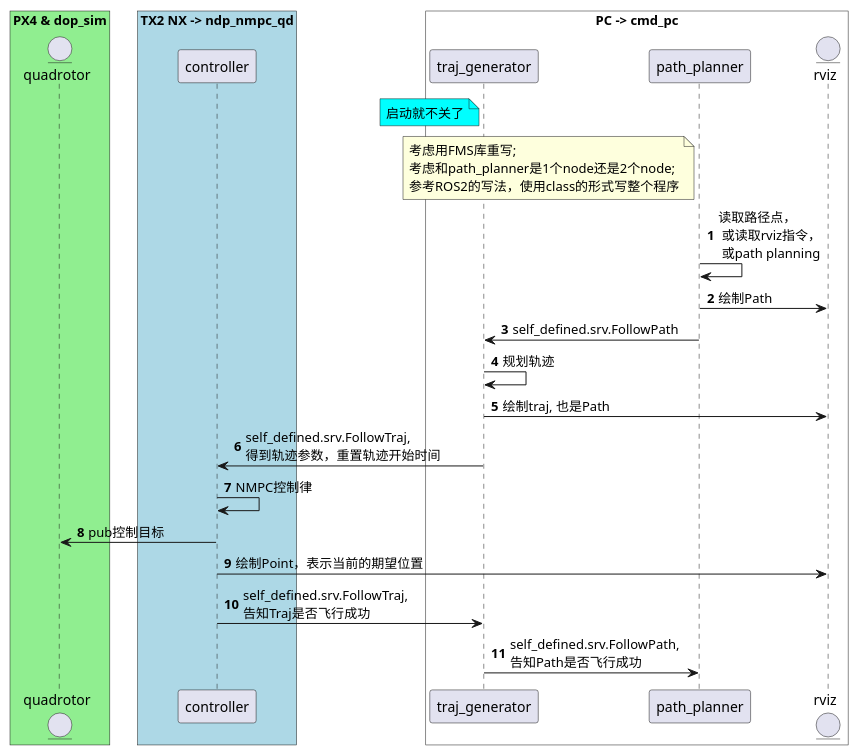
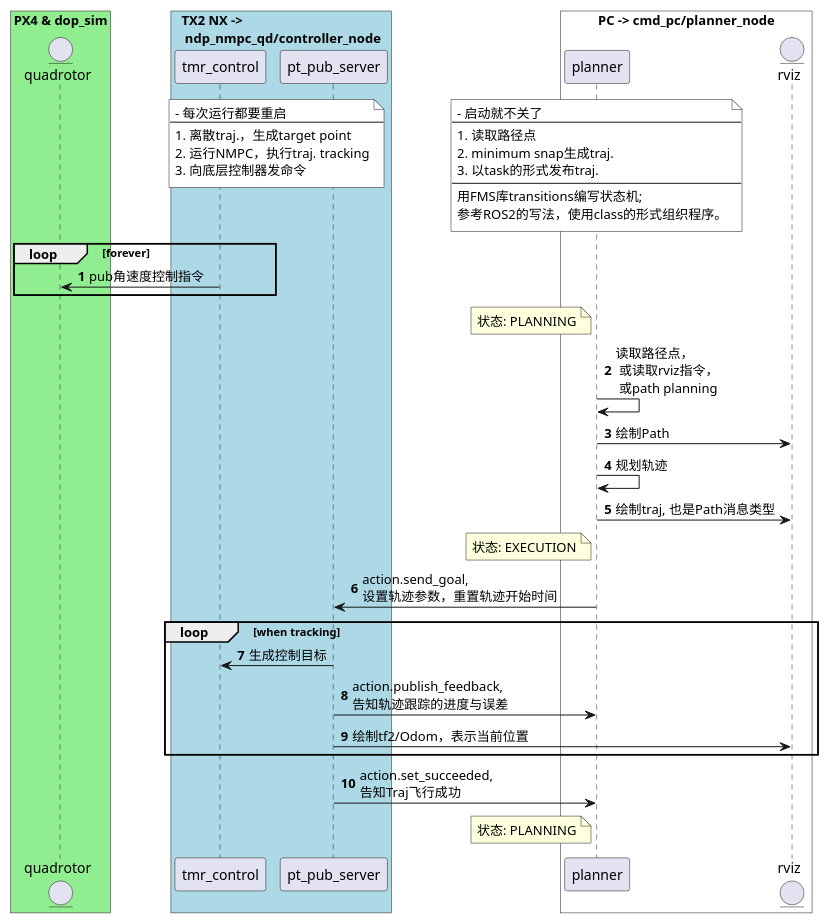
The diagram in UMLs/workflow.puml (Li-Jinjie/cmd_pc), drawn with PlantUML before and after one commit. The commit also changed 2 other files, not shown here.

Commit message:
update UML

```diff
--- a/UMLs/workflow.puml
+++ b/UMLs/workflow.puml
@@ -1,72 +1,80 @@
 @startuml
 'https://plantuml.com/sequence-diagram
 
 autonumber
 
 box "PX4 & dop_sim" #LightGreen
 entity quadrotor
 end box
 
-box "TX2 NX -> ndp_nmpc_qd" #LightBLUE
-participant controller
+box "TX2 NX -> \n ndp_nmpc_qd/controller_node" #LightBLUE
+participant tmr_control
+participant pt_pub_server
 end box
+
+note over tmr_control, pt_pub_server #white
+- 每次运行都要重启
+---
+1. 离散traj.，生成target point
+2. 运行NMPC，执行traj. tracking
+3. 向底层控制器发命令
+end note
+
+/note over of planner #white
+- 启动就不关了
+---
+1. 读取路径点
+2. minimum snap生成traj.
+3. 以task的形式发布traj.
+---
+用FMS库transitions编写状态机;
+参考ROS2的写法，使用class的形式组织程序。
+end note
+
+loop forever
+tmr_control -> quadrotor: pub角速度控制指令
+end
+
 'note right of pt_publisher #aqua
 '需要从ROS里拿一个parameter
 '确定是选SE3还是NMPC
 'end note
 
-box "PC -> cmd_pc" #White
-participant traj_generator
-participant path_planner
+box "PC -> cmd_pc/planner_node" #White
+participant planner
 entity rviz
 end box
 
-note left of traj_generator #aqua
-启动就不关了
+note left planner
+状态: PLANNING
+end note
+planner -> planner: 读取路径点，\n 或读取rviz指令，\n 或path planning
+planner -> rviz: 绘制Path
+'path_planner -> traj_generator: self_defined.srv.FollowPath
+
+planner -> planner: 规划轨迹
+planner -> rviz: 绘制traj, 也是Path消息类型
+
+note left of planner
+状态: EXECUTION
 end note
 
-note left of path_planner
-考虑用FMS库重写;
-考虑和path_planner是1个node还是2个node;
-参考ROS2的写法，使用class的形式写整个程序
+planner -> pt_pub_server: action.send_goal, \n设置轨迹参数，重置轨迹开始时间
+
+loop when tracking
+    pt_pub_server -> tmr_control: 生成控制目标
+    pt_pub_server -> planner: action.publish_feedback, \n告知轨迹跟踪的进度与误差
+    pt_pub_server -> rviz: 绘制tf2/Odom，表示当前位置
+end
+
+pt_pub_server -> planner: action.set_succeeded, \n告知Traj飞行成功
+'planner -> planner: self_defined.srv.FollowPath, \n告知Path是否飞行成功
+
+note left of planner
+状态: PLANNING
 end note
 
-path_planner -> path_planner: 读取路径点，\n 或读取rviz指令，\n 或path planning
-path_planner -> rviz: 绘制Path
-path_planner -> traj_generator: self_defined.srv.FollowPath
-
-
-traj_generator -> traj_generator: 规划轨迹
-traj_generator -> rviz: 绘制traj, 也是Path
-traj_generator -> controller: self_defined.srv.FollowTraj, \n得到轨迹参数，重置轨迹开始时间
-
-controller -> controller: NMPC控制律
-controller -> quadrotor: pub控制目标
-controller -> rviz: 绘制Point，表示当前的期望位置
-
-
-controller -> traj_generator: self_defined.srv.FollowTraj, \n告知Traj是否飞行成功
-traj_generator -> path_planner: self_defined.srv.FollowPath, \n告知Path是否飞行成功
-
-'controller -> traj_generator: self_defined.srv.GetTraj, \n告知当前点已飞行完毕，当前点位置
-'note left
-'状态: IDLE
-'end note
-'
-'traj_generator -> path_planner: nav.msgs.srv.GetPlan, \n告知当前点已飞行完毕，当前点位置
-'
-'path_planner -> path_planner: path planning
-'path_planner -> rviz: 绘制Path
-'path_planner -> traj_generator: nav.msgs.srv.GetPlan, 回复Path, 得到全部路径点
-'
-'traj_generator -> traj_generator: 规划轨迹
-'traj_generator -> rviz: 绘制轨迹
-'traj_generator -> controller: self_defined.srv.GetTraj, 得到轨迹参数，重置轨迹开始时间
-'note left
-'状态: PUB
-'end note
-'
-'controller -> rviz: 绘制Point，表示当前的期望位置
+' 状态： TAKEOFF, PLANNING, EXECUTION, LAND
 
 
 @enduml
```
